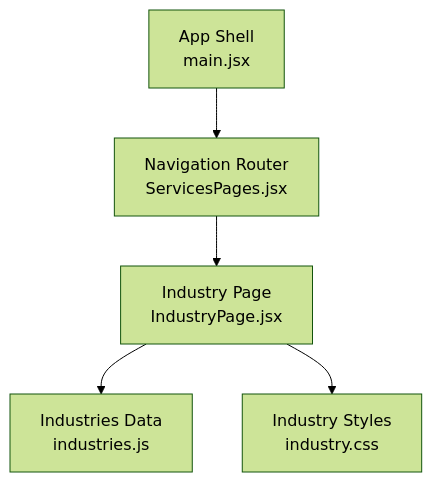
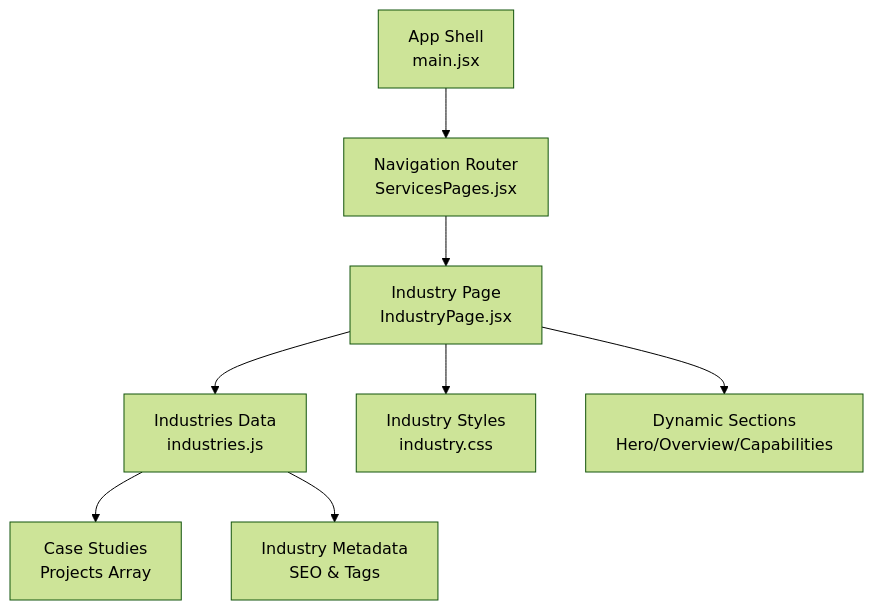
The first of 3 diagrams in .qoder/repowiki/en/content/Component Architecture/Industry Showcase Components.md (Theja4/podiummomentum), drawn with Mermaid (forest theme) before and after one commit. The commit also changed other lines of this file and 35 other files, not shown here.

````diff
--- a/.qoder/repowiki/en/content/Component Architecture/Industry Showcase Components.md
+++ b/.qoder/repowiki/en/content/Component Architecture/Industry Showcase Components.md
@@ -34,7 +41,10 @@
 ```mermaid
 graph TB
 App["App Shell<br/>main.jsx"] --> ServicesPages["Navigation Router<br/>ServicesPages.jsx"]
 ServicesPages --> IndustryPage["Industry Page<br/>IndustryPage.jsx"]
 IndustryPage --> IndustriesData["Industries Data<br/>industries.js"]
 IndustryPage --> IndustryStyles["Industry Styles<br/>industry.css"]
+IndustriesData --> CaseStudies["Case Studies<br/>Projects Array"]
+IndustriesData --> Metadata["Industry Metadata<br/>SEO & Tags"]
+IndustryPage --> DynamicSections["Dynamic Sections<br/>Hero/Overview/Capabilities"]
 ```
````
